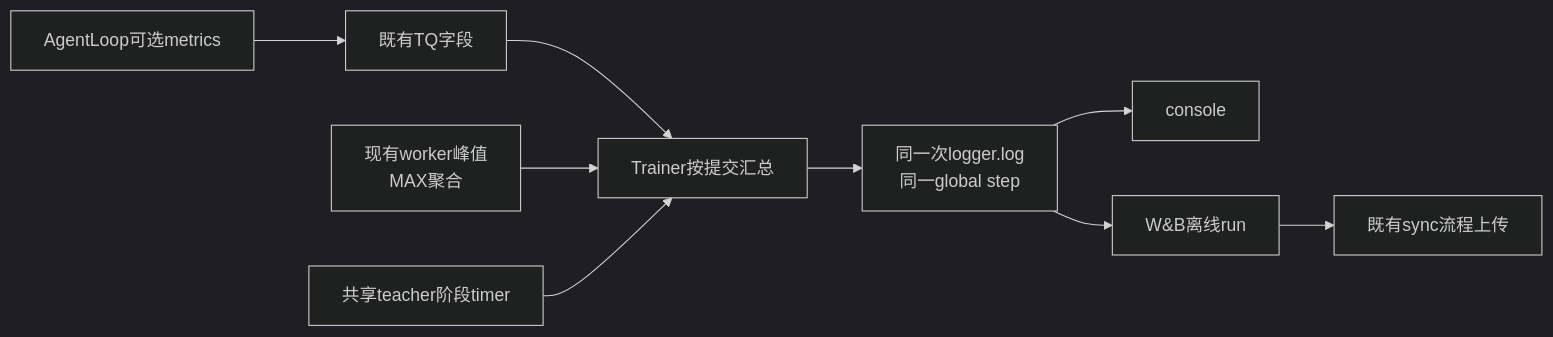
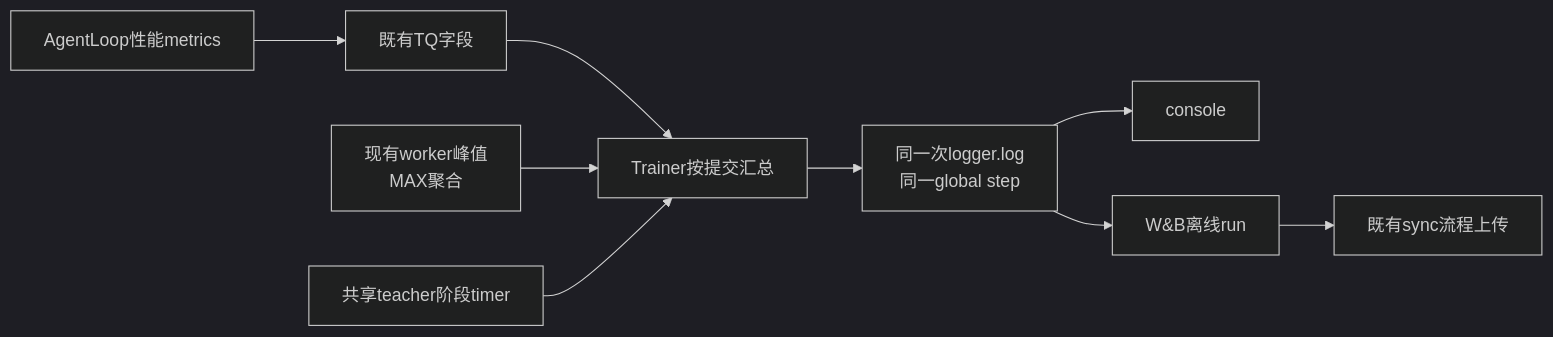
The diagram in examples/mirroropd/docs/infra/2026-10-20-最小指标实现方案.md (WncFht/MirrorOPD-verl), drawn with Mermaid (dark theme) before and after one commit. The commit also changed other lines of this file and 16 other files, not shown here.

````diff
--- a/examples/mirroropd/docs/infra/2026-10-20-最小指标实现方案.md
+++ b/examples/mirroropd/docs/infra/2026-10-20-最小指标实现方案.md
@@ -73,11 +73,11 @@
 ```mermaid
 flowchart LR
-    A["AgentLoop可选metrics"] --> B["既有TQ字段"]
+    A["AgentLoop性能metrics"] --> B["既有TQ字段"]
     B --> C["Trainer按提交汇总"]
     D["现有worker峰值<br/>MAX聚合"] --> C
     E["共享teacher阶段timer"] --> C
     C --> F["同一次logger.log<br/>同一global step"]
     F --> G["console"]
     F --> H["W&B离线run"]
     H --> I["既有sync流程上传"]
 ```
````
